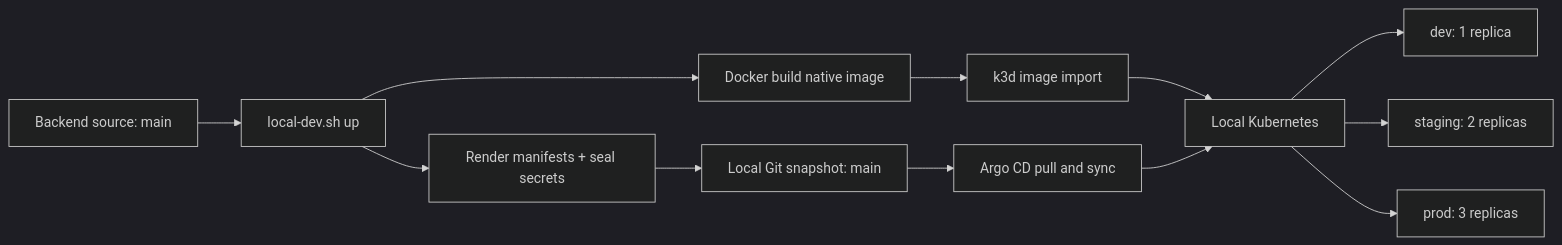
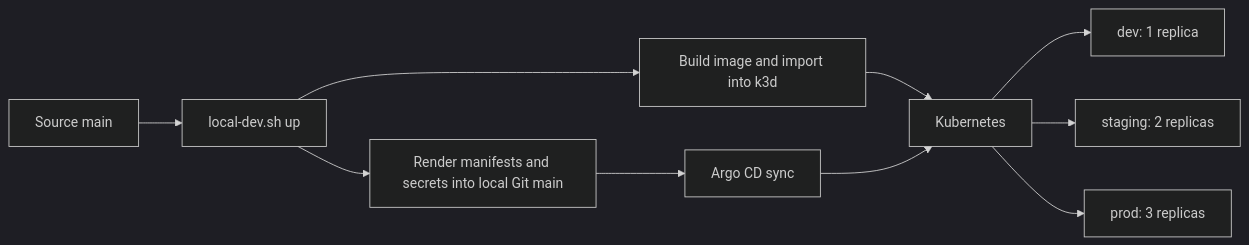
One commit to namnd74/gitops-manifests changed the diagram in README.md. Above: the diagram before and after it, drawn with Mermaid (dark theme). The commit also changed other lines of this file and 30 other files, not shown here.

````diff
--- a/README.md
+++ b/README.md
@@ -31,14 +84,12 @@
 ```mermaid
 flowchart LR
-    S[Backend source: main] --> L[local-dev.sh up]
-    L --> B[Docker build native image]
-    B --> I[k3d image import]
-    L --> M[Render manifests + seal secrets]
-    M --> G[Local Git snapshot: main]
-    G --> A[Argo CD pull and sync]
-    I --> K[Local Kubernetes]
+    S[Source main] --> L[local-dev.sh up]
+    L --> I[Build image and import into k3d]
+    L --> G[Render manifests and secrets into local Git main]
+    G --> A[Argo CD sync]
+    I --> K[Kubernetes]
     A --> K
     K --> D[dev: 1 replica]
     K --> T[staging: 2 replicas]
     K --> P[prod: 3 replicas]
 ```
````
